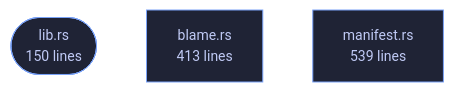
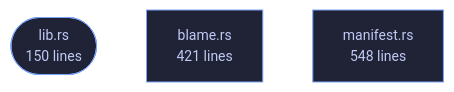
One commit to tilas01/veilvoice changed the diagram in wiki/Crate-veilvoice-guard.md. Above: the diagram before and after it, drawn with Mermaid. The commit also changed other lines of this file and 487 other files, not shown here.

````diff
--- a/wiki/Crate-veilvoice-guard.md
+++ b/wiki/Crate-veilvoice-guard.md
@@ -90,10 +90,10 @@
 ```mermaid
 %%{init: {"theme":"base","themeVariables":{"background":"#1a1b26","primaryColor":"#1f2335","primaryTextColor":"#c0caf5","primaryBorderColor":"#7aa2f7","secondaryColor":"#16161e","tertiaryColor":"#16161e","lineColor":"#737aa2","textColor":"#c0caf5","mainBkg":"#1f2335","nodeBorder":"#7aa2f7","clusterBkg":"#16161e","clusterBorder":"#2f3549","fontFamily":"ui-monospace, SFMono-Regular, Consolas, monospace","fontSize":"14px"}}}%%
 flowchart TD
     n_lib(["lib.rs<br/>150 lines"])
-    n_blame["blame.rs<br/>413 lines"]
-    n_manifest["manifest.rs<br/>539 lines"]
+    n_blame["blame.rs<br/>421 lines"]
+    n_manifest["manifest.rs<br/>548 lines"]
     click n_lib href "https://github.com/tilas01/veilvoice/blob/main/crates/veilvoice-guard/src/lib.rs" "open the source"
     click n_blame href "https://github.com/tilas01/veilvoice/blob/main/crates/veilvoice-guard/src/blame.rs" "open the source"
     click n_manifest href "https://github.com/tilas01/veilvoice/blob/main/crates/veilvoice-guard/src/manifest.rs" "open the source"
 ```
````
